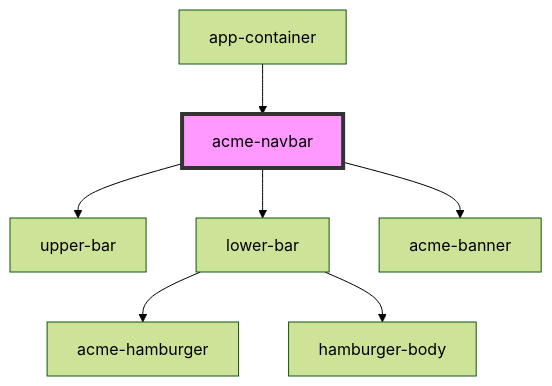
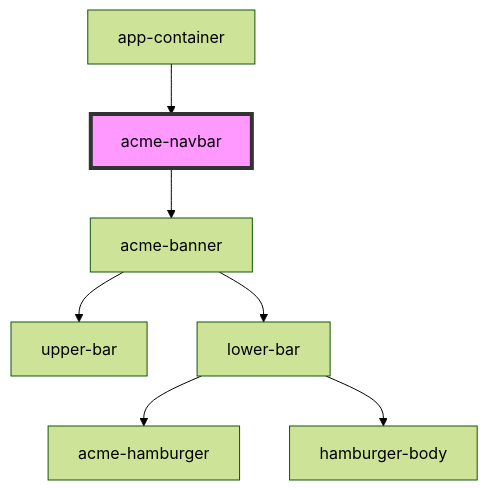
One commit to LucaArgentieri/ACME-Enterprise changed the diagram in src/components/acme-navbar/readme.md. Above: the diagram before and after it, drawn with Mermaid (forest theme). The commit also changed other lines of this file and 7 other files, not shown here.

````diff
--- a/src/components/acme-navbar/readme.md
+++ b/src/components/acme-navbar/readme.md
@@ -33,10 +31,10 @@
 ```mermaid
 graph TD;
-  acme-navbar --> upper-bar
-  acme-navbar --> lower-bar
   acme-navbar --> acme-banner
+  acme-banner --> upper-bar
+  acme-banner --> lower-bar
   lower-bar --> acme-hamburger
   lower-bar --> hamburger-body
   app-container --> acme-navbar
   style acme-navbar fill:#f9f,stroke:#333,stroke-width:4px
 ```
````
